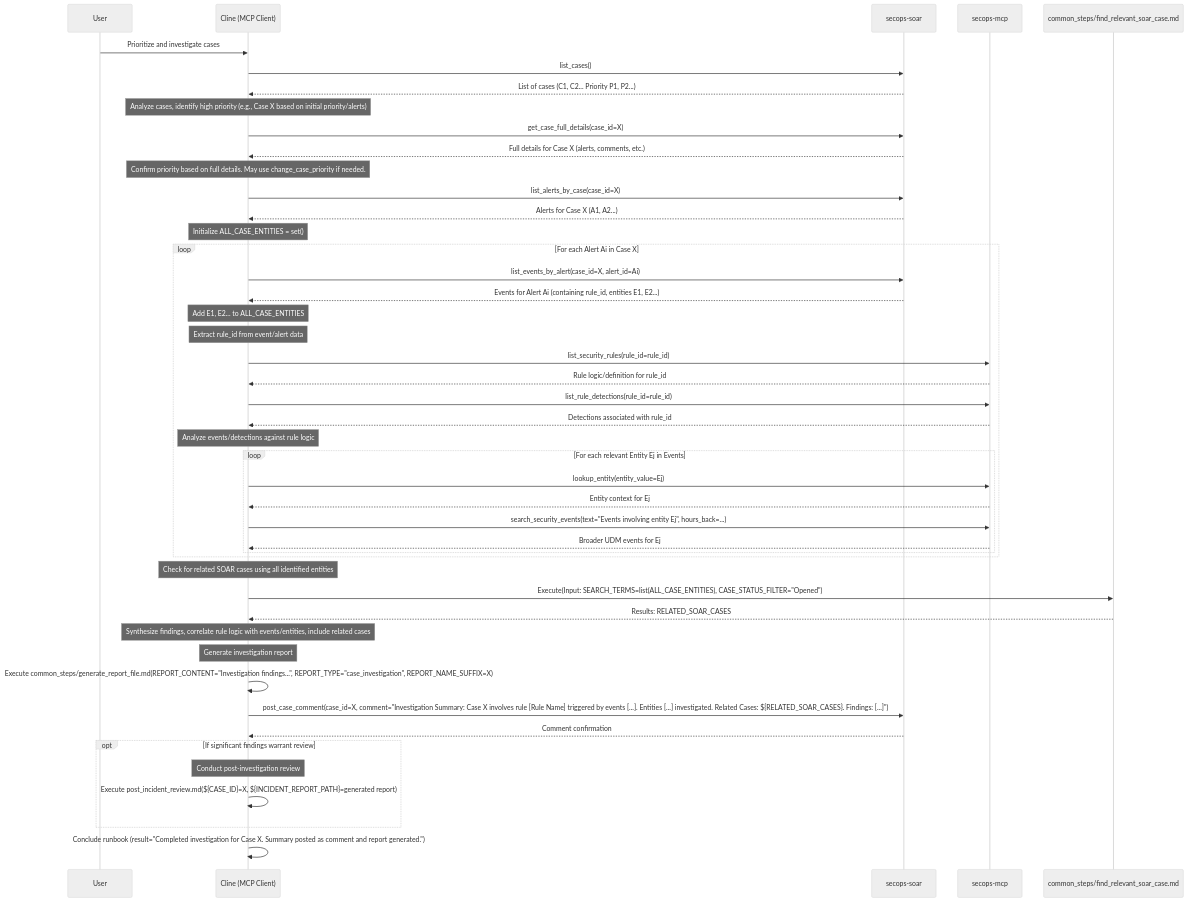
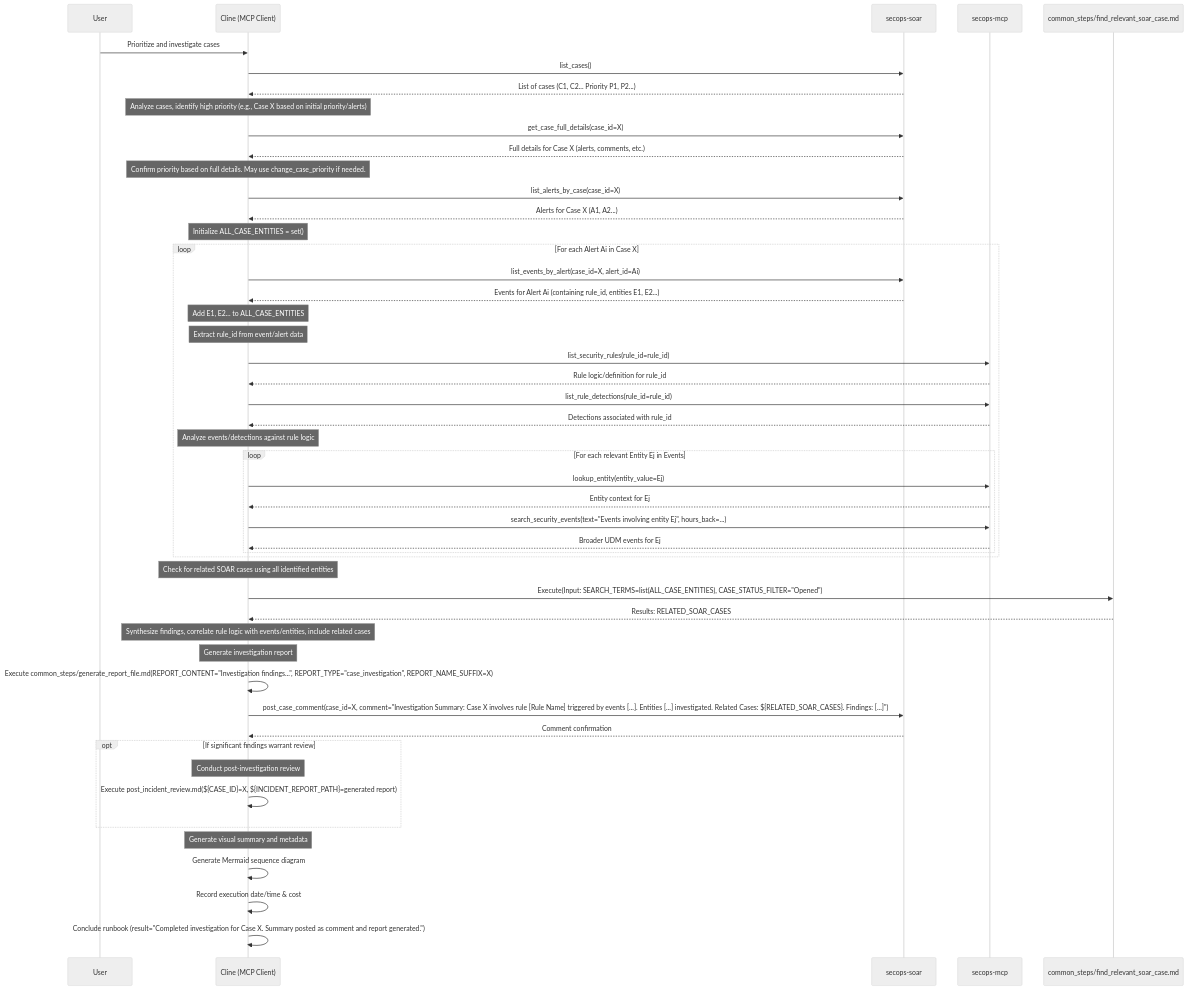
The diagram in rules_bank/run_books/prioritize_and_investigate_a_case.md (dandye/ai-runbooks), drawn with Mermaid (neutral theme) before and after one commit. The commit also changed other lines of this file and 26 other files, not shown here.

````diff
--- a/rules_bank/run_books/prioritize_and_investigate_a_case.md
+++ b/rules_bank/run_books/prioritize_and_investigate_a_case.md
@@ -31,50 +31,53 @@
 ```mermaid
 sequenceDiagram
     participant User
     participant Cline as Cline (MCP Client)
     participant SOAR as secops-soar
     participant SIEM as secops-mcp
     participant FindCase as common_steps/find_relevant_soar_case.md
 
     User->>Cline: Prioritize and investigate cases
     Cline->>SOAR: list_cases()
     SOAR-->>Cline: List of cases (C1, C2... Priority P1, P2...)
     Note over Cline: Analyze cases, identify high priority (e.g., Case X based on initial priority/alerts)
     Cline->>SOAR: get_case_full_details(case_id=X)
     SOAR-->>Cline: Full details for Case X (alerts, comments, etc.)
     Note over Cline: Confirm priority based on full details. May use change_case_priority if needed.
     Cline->>SOAR: list_alerts_by_case(case_id=X)
     SOAR-->>Cline: Alerts for Case X (A1, A2...)
     Note over Cline: Initialize ALL_CASE_ENTITIES = set()
     loop For each Alert Ai in Case X
         Cline->>SOAR: list_events_by_alert(case_id=X, alert_id=Ai)
         SOAR-->>Cline: Events for Alert Ai (containing rule_id, entities E1, E2...)
         Note over Cline: Add E1, E2... to ALL_CASE_ENTITIES
         Note over Cline: Extract rule_id from event/alert data
         Cline->>SIEM: list_security_rules(rule_id=rule_id)
         SIEM-->>Cline: Rule logic/definition for rule_id
         Cline->>SIEM: list_rule_detections(rule_id=rule_id)
         SIEM-->>Cline: Detections associated with rule_id
         Note over Cline: Analyze events/detections against rule logic
         loop For each relevant Entity Ej in Events
             Cline->>SIEM: lookup_entity(entity_value=Ej)
             SIEM-->>Cline: Entity context for Ej
             Cline->>SIEM: search_security_events(text="Events involving entity Ej", hours_back=...)
             SIEM-->>Cline: Broader UDM events for Ej
         end
     end
     Note over Cline: Check for related SOAR cases using all identified entities
     Cline->>FindCase: Execute(Input: SEARCH_TERMS=list(ALL_CASE_ENTITIES), CASE_STATUS_FILTER="Opened")
     FindCase-->>Cline: Results: RELATED_SOAR_CASES
     Note over Cline: Synthesize findings, correlate rule logic with events/entities, include related cases
     Note over Cline: Generate investigation report
     Cline->>Cline: Execute common_steps/generate_report_file.md(REPORT_CONTENT="Investigation findings...", REPORT_TYPE="case_investigation", REPORT_NAME_SUFFIX=X)
     Cline->>SOAR: post_case_comment(case_id=X, comment="Investigation Summary: Case X involves rule [Rule Name] triggered by events [...]. Entities [...] investigated. Related Cases: ${RELATED_SOAR_CASES}. Findings: [...]")
     SOAR-->>Cline: Comment confirmation
     opt If significant findings warrant review
         Note over Cline: Conduct post-investigation review
         Cline->>Cline: Execute post_incident_review.md(${CASE_ID}=X, ${INCIDENT_REPORT_PATH}=generated report)
     end
+    Note over Cline: Generate visual summary and metadata
+    Cline->>Cline: Generate Mermaid sequence diagram
+    Cline->>Cline: Record execution date/time & cost
     Cline->>Cline: Conclude runbook (result="Completed investigation for Case X. Summary posted as comment and report generated.")
 
 ```
````
